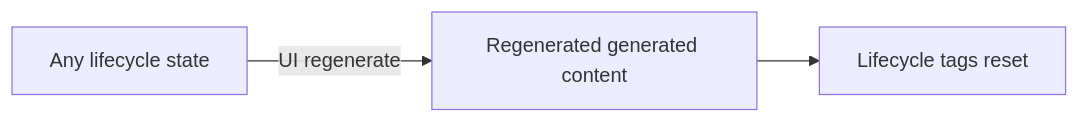
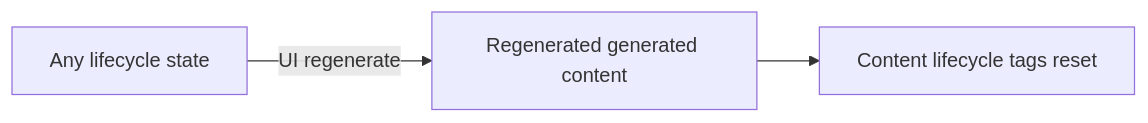
The third of 5 diagrams in docs/generated-classification-content-lifecycle.md (trade-tariff/trade-tariff-backend), drawn with Mermaid before and after one commit. The commit also changed other lines of this file, not shown here.

First line of the commit message:
Remove implementation notes from lifecycle document

````diff
--- a/docs/generated-classification-content-lifecycle.md
+++ b/docs/generated-classification-content-lifecycle.md
@@ -63,9 +63,9 @@
 ```mermaid
 flowchart LR
     ANY_STATE[Any lifecycle state]
     REGENERATED[Regenerated generated content]
-    RESET[Lifecycle tags reset]
+    RESET[Content lifecycle tags reset]
 
     ANY_STATE -->|UI regenerate| REGENERATED
     REGENERATED --> RESET
 ```
````
